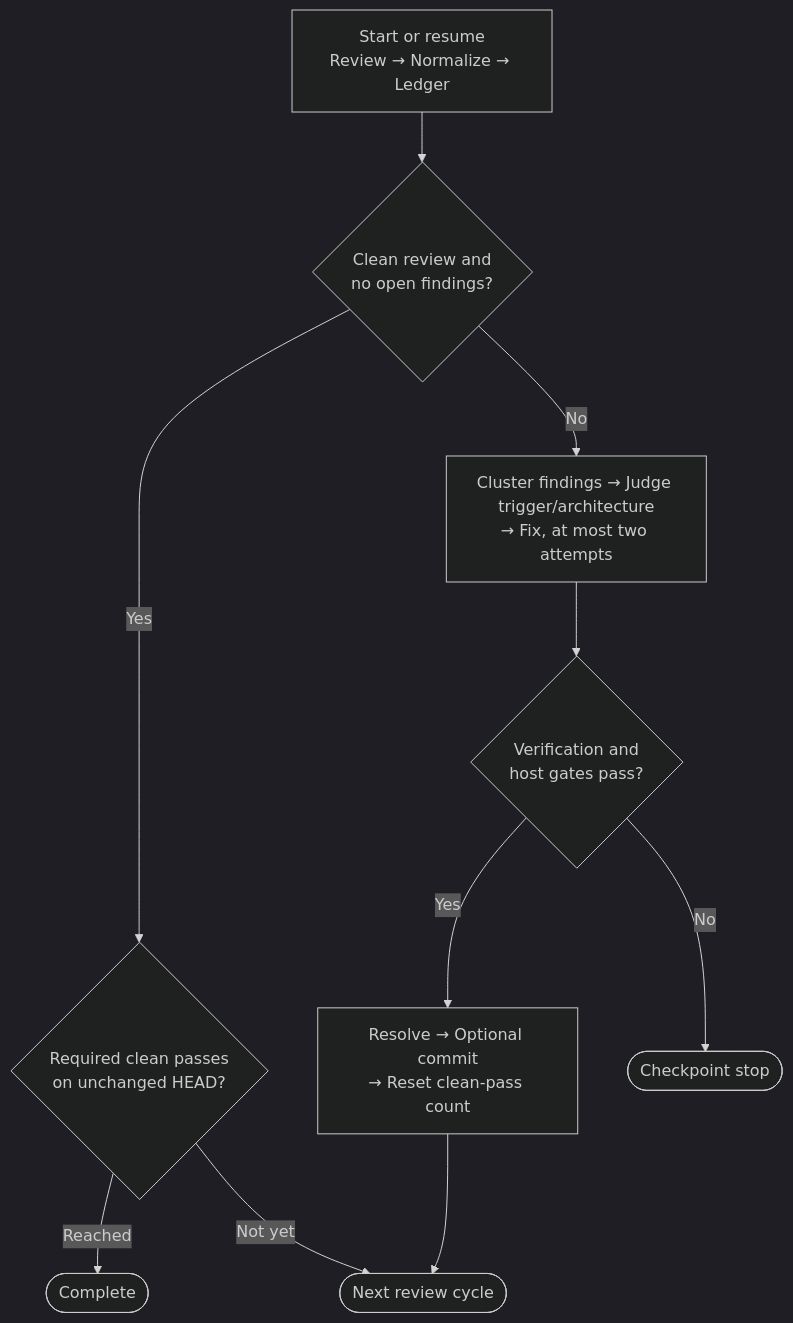
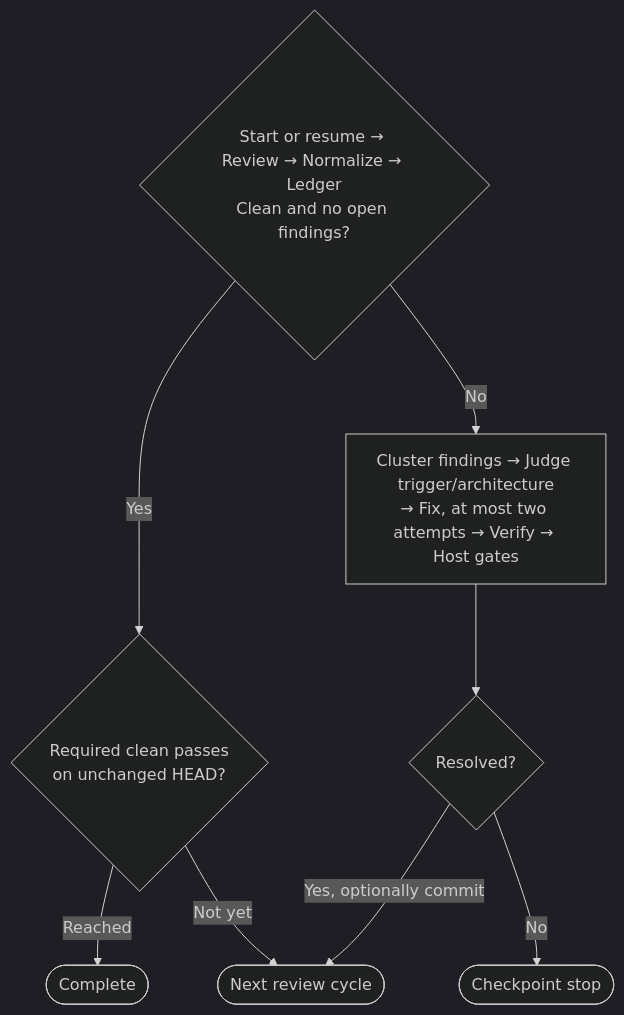
The diagram in README.md (InnerLive/CodexReviewLoop), drawn with Mermaid (dark theme) before and after one commit.

Commit message:
Flatten the README control flow

````diff
--- a/README.md
+++ b/README.md
@@ -53,14 +53,12 @@
 ```mermaid
 flowchart TD
-    review["Start or resume<br/>Review → Normalize → Ledger"] --> clean{"Clean review and<br/>no open findings?"}
-
-    clean -- Yes --> passes{"Required clean passes<br/>on unchanged HEAD?"}
+    review{"Start or resume → Review → Normalize → Ledger<br/>Clean and no open findings?"}
+    review -- Yes --> passes{"Required clean passes<br/>on unchanged HEAD?"}
     passes -- Reached --> done([Complete])
     passes -- Not yet --> next([Next review cycle])
 
-    clean -- No --> remediate["Cluster findings → Judge trigger/architecture<br/>→ Fix, at most two attempts"]
-    remediate --> verify{"Verification and<br/>host gates pass?"}
-    verify -- Yes --> resolve["Resolve → Optional commit<br/>→ Reset clean-pass count"]
-    resolve --> next
-    verify -- No --> stop([Checkpoint stop])
+    review -- No --> remediate["Cluster findings → Judge trigger/architecture<br/>→ Fix, at most two attempts → Verify → Host gates"]
+    remediate --> resolved{"Resolved?"}
+    resolved -- Yes, optionally commit --> next
+    resolved -- No --> stop([Checkpoint stop])
 ```
````
